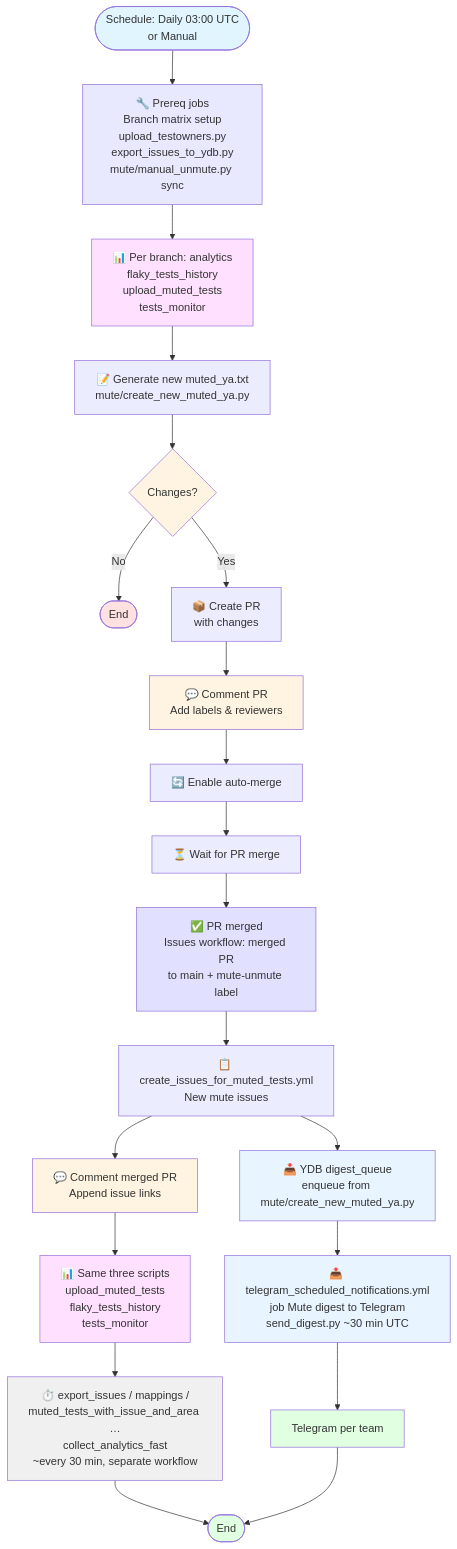
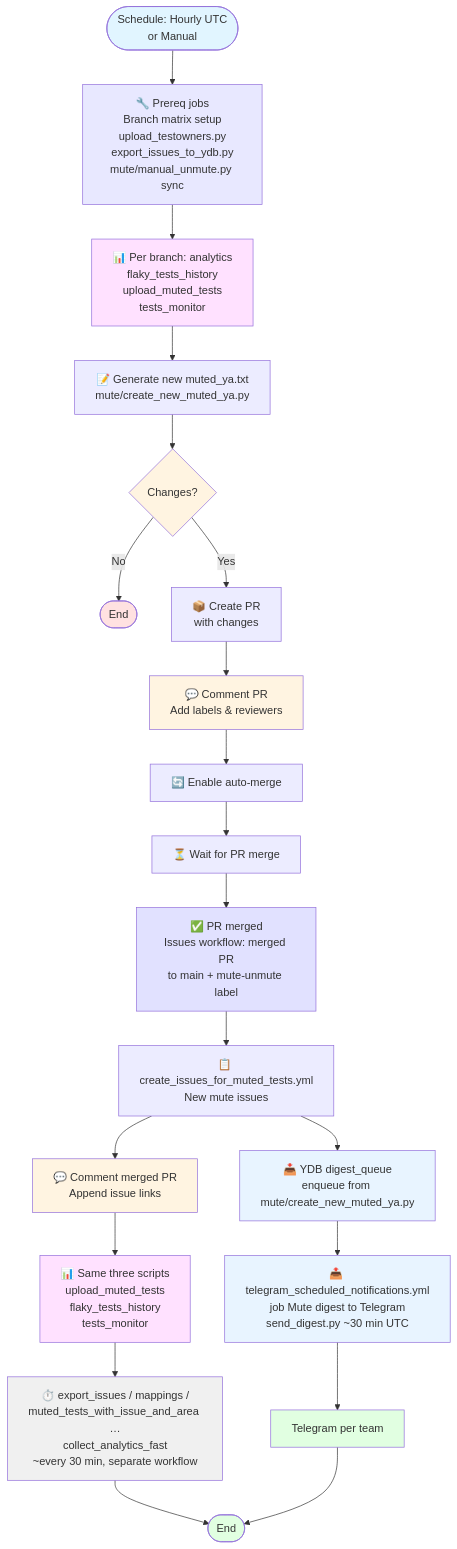
The first of 4 diagrams in .github/config/mute_rules.md (ydb-platform/ydb), drawn with Mermaid before and after one commit. The commit also changed other lines of this file and 1 other file, not shown here.

Commit message:
Move the mute cron to 11:00 MSK and drop the docs change.

````diff
--- a/.github/config/mute_rules.md
+++ b/.github/config/mute_rules.md
@@ -177,47 +177,47 @@
 ```mermaid
 graph TB
-    Start([Schedule: Daily 03:00 UTC<br/>or Manual]) --> Prereq[🔧 Prereq jobs<br/>Branch matrix setup<br/>upload_testowners.py<br/>export_issues_to_ydb.py<br/>mute/manual_unmute.py sync]
+    Start([Schedule: Hourly UTC<br/>or Manual]) --> Prereq[🔧 Prereq jobs<br/>Branch matrix setup<br/>upload_testowners.py<br/>export_issues_to_ydb.py<br/>mute/manual_unmute.py sync]
     
     Prereq --> UpdateAnalytics[📊 Per branch: analytics<br/>flaky_tests_history<br/>upload_muted_tests<br/>tests_monitor]
     
     UpdateAnalytics --> GenerateFile[📝 Generate new muted_ya.txt<br/>mute/create_new_muted_ya.py]
     
     GenerateFile --> CheckChanges{Changes?}
     CheckChanges -->|No| End1([End])
     CheckChanges -->|Yes| CreatePR[📦 Create PR<br/>with changes]
     
     CreatePR --> CommentPR[💬 Comment PR<br/>Add labels & reviewers]
     CommentPR --> AutoMerge[🔄 Enable auto-merge]
     AutoMerge --> WaitMerge[⏳ Wait for PR merge]
     
     WaitMerge --> PRMerged[✅ PR merged<br/>Issues workflow: merged PR<br/>to main + mute-unmute label]
     
     PRMerged --> CreateIssues[📋 create_issues_for_muted_tests.yml<br/>New mute issues]
     CreateIssues --> DigestQ[📥 YDB digest_queue<br/>enqueue from mute/create_new_muted_ya.py]
     CreateIssues --> CommentMergedPR[💬 Comment merged PR<br/>Append issue links]
     
     CommentMergedPR --> UpdateAnalyticsAfterMerge[📊 Same three scripts<br/>upload_muted_tests<br/>flaky_tests_history<br/>tests_monitor]
     
     UpdateAnalyticsAfterMerge --> AsyncAnalytics[⏱️ export_issues / mappings /<br/>muted_tests_with_issue_and_area …<br/>collect_analytics_fast<br/>~every 30 min, separate workflow]
     
     DigestQ --> SendDigest[📤 telegram_scheduled_notifications.yml<br/>job Mute digest to Telegram<br/>send_digest.py ~30 min UTC]
     SendDigest --> TG[Telegram per team]
     
     AsyncAnalytics --> End2([End])
     TG --> End2
     
     style Start fill:#e1f5ff
     style Prereq fill:#e8e8ff
     style UpdateAnalytics fill:#ffe1ff
     style UpdateAnalyticsAfterMerge fill:#ffe1ff
     style CommentPR fill:#fff4e1
     style CommentMergedPR fill:#fff4e1
     style AsyncAnalytics fill:#f0f0f0
     style DigestQ fill:#e8f4ff
     style SendDigest fill:#e8f4ff
     style TG fill:#e1ffe1
     style End1 fill:#ffe1e1
     style End2 fill:#e1ffe1
     style CheckChanges fill:#fff4e1
     style PRMerged fill:#e1e1ff
 ```
````
